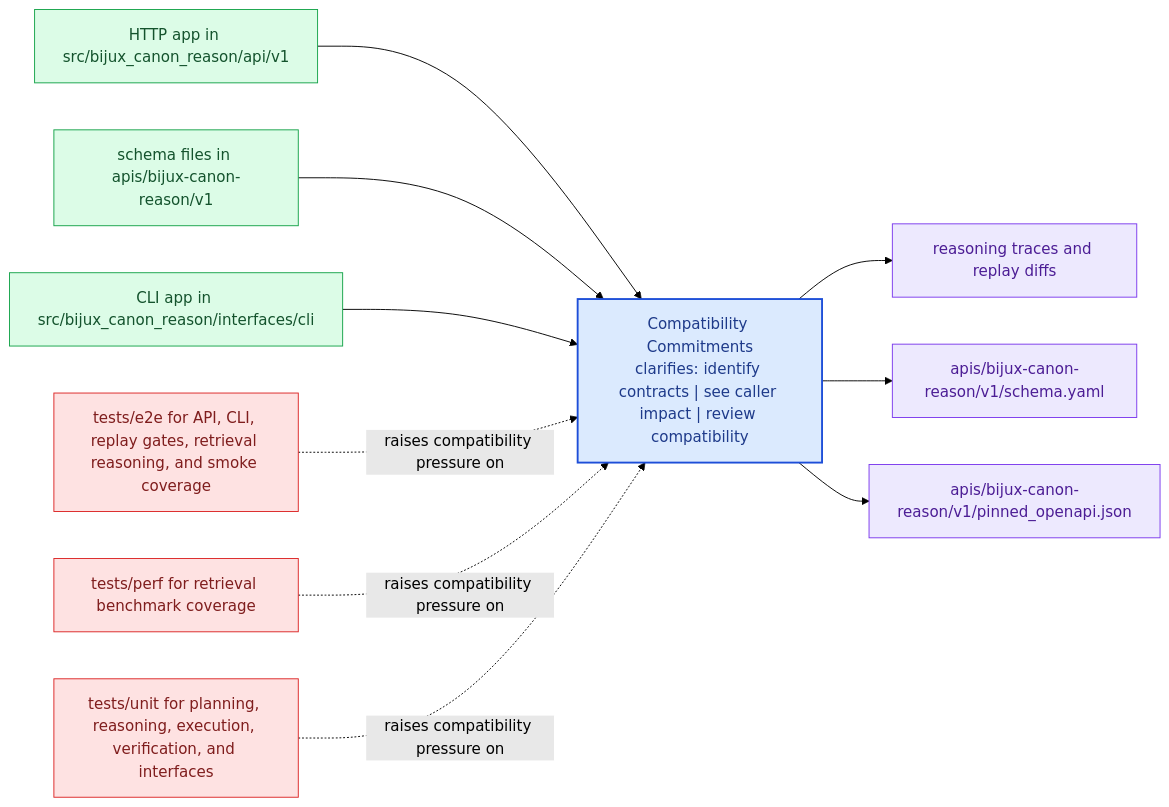
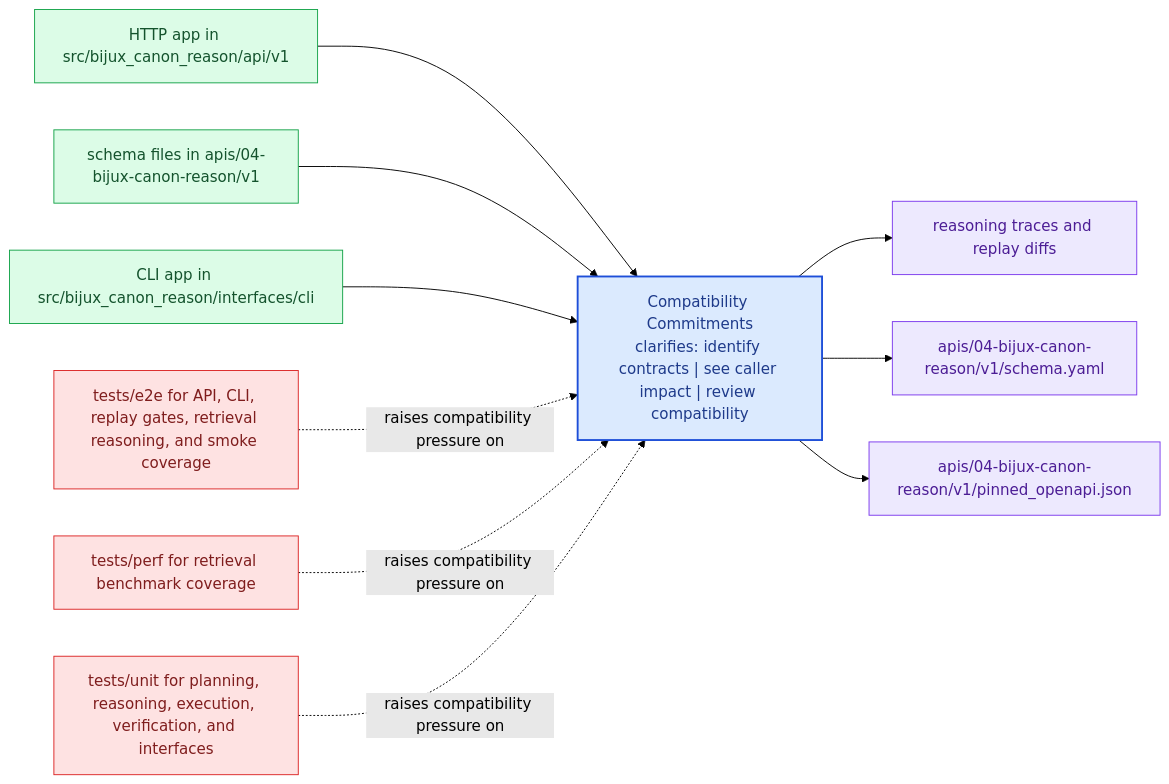
The diagram in docs/04-bijux-canon-reason/interfaces/compatibility-commitments.md (bijux/bijux-canon), drawn with Mermaid (forest theme) before and after one commit. The commit also changed other lines of this file and 167 other files, not shown here.

````diff
--- a/docs/04-bijux-canon-reason/interfaces/compatibility-commitments.md
+++ b/docs/04-bijux-canon-reason/interfaces/compatibility-commitments.md
@@ -23,31 +23,31 @@
 ```mermaid
 flowchart LR
     page["Compatibility Commitments<br/>clarifies: identify contracts | see caller impact | review compatibility"]
     classDef page fill:#dbeafe,stroke:#1d4ed8,color:#1e3a8a,stroke-width:2px;
     classDef positive fill:#dcfce7,stroke:#16a34a,color:#14532d;
     classDef caution fill:#fee2e2,stroke:#dc2626,color:#7f1d1d;
     classDef anchor fill:#ede9fe,stroke:#7c3aed,color:#4c1d95;
     classDef action fill:#fef3c7,stroke:#d97706,color:#7c2d12;
     surface1["HTTP app in src/bijux_canon_reason/api/v1"]
     surface1 --> page
-    surface2["schema files in apis/bijux-canon-reason/v1"]
+    surface2["schema files in apis/04-bijux-canon-reason/v1"]
     surface2 --> page
     surface3["CLI app in src/bijux_canon_reason/interfaces/cli"]
     surface3 --> page
     proof1["reasoning traces and replay diffs"]
     page --> proof1
-    proof2["apis/bijux-canon-reason/v1/schema.yaml"]
+    proof2["apis/04-bijux-canon-reason/v1/schema.yaml"]
     page --> proof2
-    proof3["apis/bijux-canon-reason/v1/pinned_openapi.json"]
+    proof3["apis/04-bijux-canon-reason/v1/pinned_openapi.json"]
     page --> proof3
     review1["tests/e2e for API, CLI, replay gates, retrieval reasoning, and smoke coverage"]
     review1 -.raises compatibility pressure on.-> page
     review2["tests/perf for retrieval benchmark coverage"]
     review2 -.raises compatibility pressure on.-> page
     review3["tests/unit for planning, reasoning, execution, verification, and interfaces"]
     review3 -.raises compatibility pressure on.-> page
     class page page;
     class surface1,surface2,surface3 positive;
     class proof1,proof2,proof3 anchor;
     class review1,review2,review3 caution;
 ```
````
